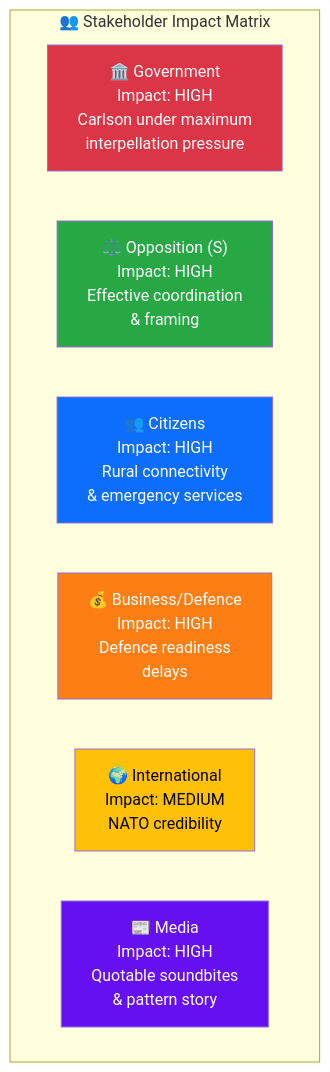
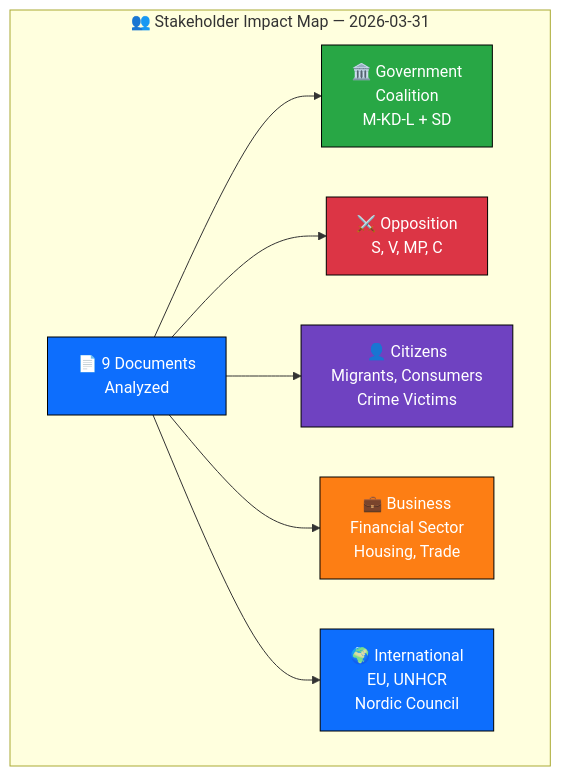
One commit to Hack23/riksdagsmonitor changed the diagram in analysis/daily/2026-03-31/stakeholder-perspectives.md. Above: the diagram before and after it, drawn with Mermaid. The commit also changed other lines of this file and 5 other files, not shown here.

````diff
--- a/analysis/daily/2026-03-31/stakeholder-perspectives.md
+++ b/analysis/daily/2026-03-31/stakeholder-perspectives.md
@@ -12,18 +32,22 @@
 ```mermaid
 graph TD
-    subgraph "👥 Stakeholder Impact Matrix"
-        GOV["🏛️ Government<br/>Impact: HIGH<br/>Carlson under maximum<br/>interpellation pressure"]
-        OPP["⚖️ Opposition (S)<br/>Impact: HIGH<br/>Effective coordination<br/>& framing"]
-        CIT["👥 Citizens<br/>Impact: HIGH<br/>Rural connectivity<br/>& emergency services"]
-        BUS["💰 Business/Defence<br/>Impact: HIGH<br/>Defence readiness<br/>delays"]
-        INTL["🌍 International<br/>Impact: MEDIUM<br/>NATO credibility"]
-        MED["📰 Media<br/>Impact: HIGH<br/>Quotable soundbites<br/>& pattern story"]
+    subgraph "👥 Stakeholder Impact Map — 2026-03-31"
+        DOC["📄 9 Documents<br/>Analyzed"]
+        GOV["🏛️ Government<br/>Coalition<br/>M-KD-L + SD"]
+        OPP["⚔️ Opposition<br/>S, V, MP, C"]
+        CIT["👤 Citizens<br/>Migrants, Consumers<br/>Crime Victims"]
+        BIZ["💼 Business<br/>Financial Sector<br/>Housing, Trade"]
+        INT["🌍 International<br/>EU, UNHCR<br/>Nordic Council"]
     end
-
-    style GOV fill:#dc3545,color:#fff
-    style OPP fill:#28a745,color:#fff
-    style CIT fill:#0d6efd,color:#fff
-    style BUS fill:#fd7e14,color:#fff
-    style INTL fill:#ffc107,color:#000
-    style MED fill:#6610f2,color:#fff
+    DOC --> GOV
+    DOC --> OPP
+    DOC --> CIT
+    DOC --> BIZ
+    DOC --> INT
+    style DOC fill:#0d6efd,stroke:#000,color:#fff
+    style GOV fill:#28a745,stroke:#000,color:#fff
+    style OPP fill:#dc3545,stroke:#000,color:#fff
+    style CIT fill:#6f42c1,stroke:#000,color:#fff
+    style BIZ fill:#fd7e14,stroke:#000,color:#fff
+    style INT fill:#0d6efd,stroke:#000,color:#fff
 ```
````
